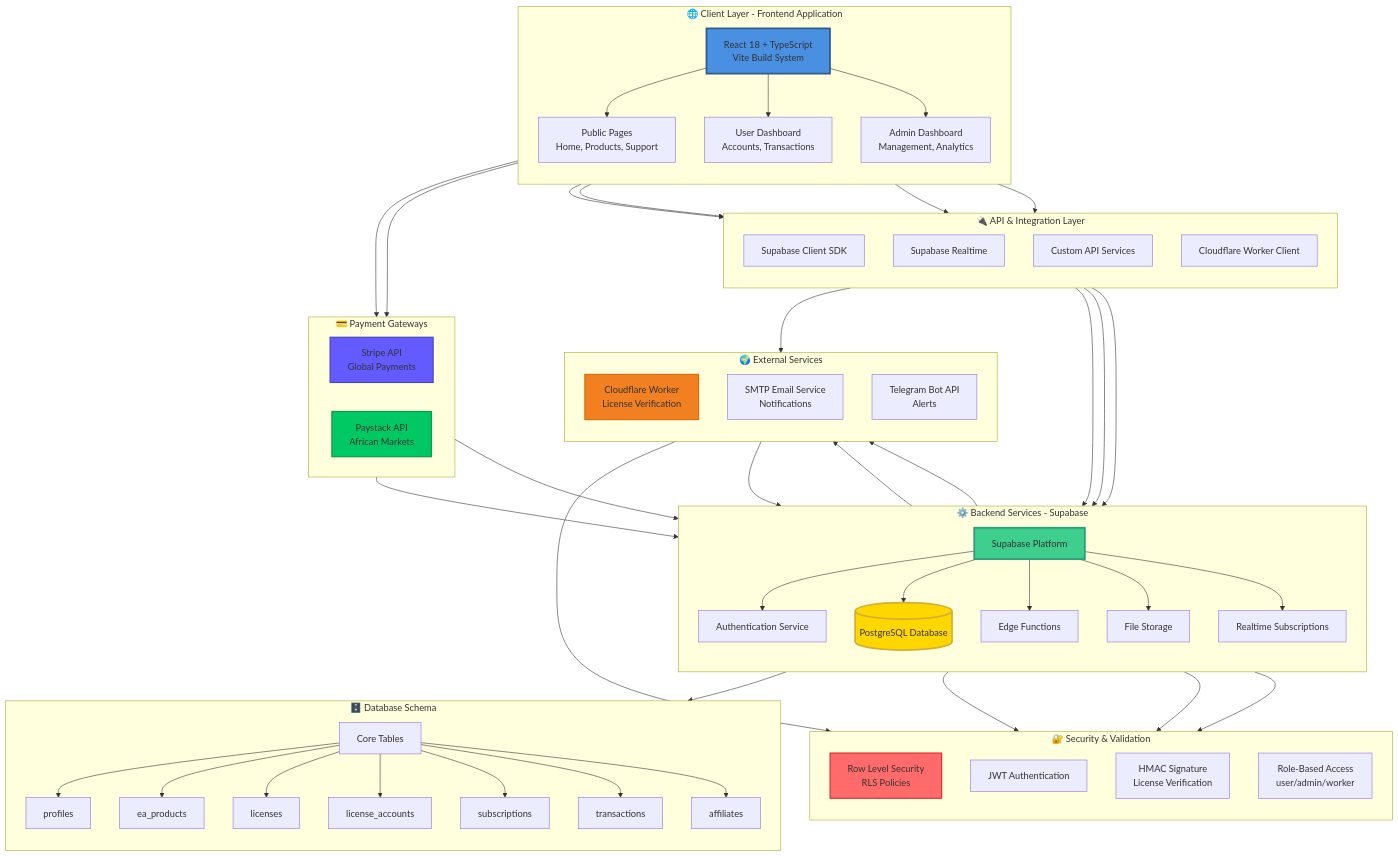
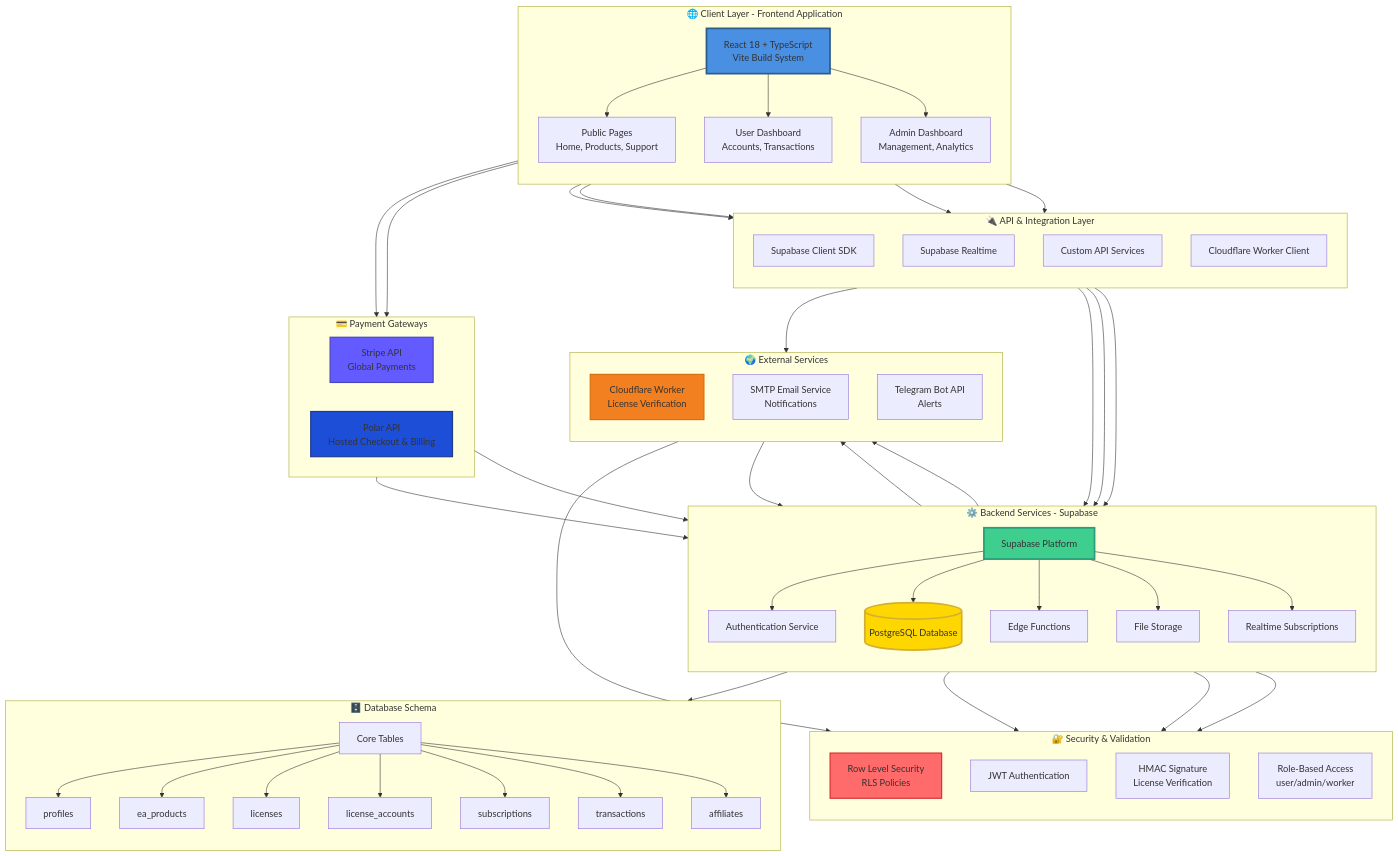
Before and after one commit to Algo-Trading-with-Ighodalo-Gold/algo-vista-hub: the first of 6 diagrams in ARCHITECTURE.md, drawn with Mermaid. The commit also changed other lines of this file and 59 other files, not shown here.

````diff
--- a/ARCHITECTURE.md
+++ b/ARCHITECTURE.md
@@ -33,7 +33,7 @@
     subgraph "💳 Payment Gateways"
         direction LR
         Stripe[Stripe API<br/>Global Payments]
-        Paystack[Paystack API<br/>African Markets]
+        Polar[Polar API<br/>Hosted Checkout & Billing]
     end
     
     subgraph "🔐 Security & Validation"
@@ -68,7 +68,7 @@
     UI --> CustomAPI
     UI --> CFWorker
     UI --> Stripe
-    UI --> Paystack
+    UI --> Polar
     
     SDK --> Supabase
     Realtime --> RealtimeSub
@@ -83,7 +83,7 @@
     DB --> Tables
     
     Stripe --> Supabase
-    Paystack --> Supabase
+    Polar --> Supabase
     
     Supabase --> Email
     Supabase --> Telegram
@@ -93,7 +93,7 @@
     style Supabase fill:#3ECF8E,stroke:#2A9D7A,stroke-width:3px
     style DB fill:#FFD700,stroke:#D4AF37,stroke-width:3px
     style Stripe fill:#635BFF,stroke:#4A45B8,stroke-width:2px
-    style Paystack fill:#00C964,stroke:#00994D,stroke-width:2px
+    style Polar fill:#1D4ED8,stroke:#1E3A8A,stroke-width:2px
     style CFWorkerSvc fill:#F38020,stroke:#D66F0A,stroke-width:2px
     style RLS fill:#FF6B6B,stroke:#D63031,stroke-width:2px
 ```
````
